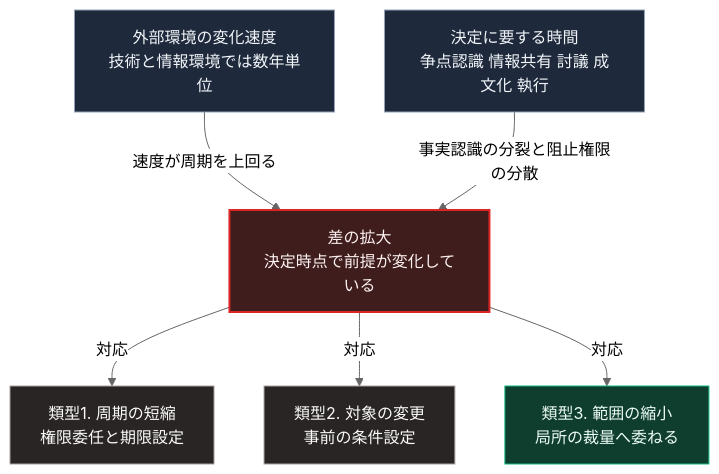
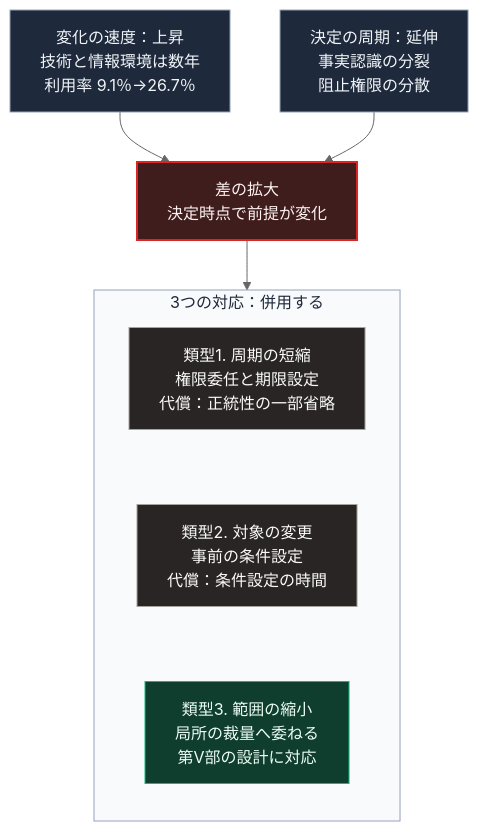
One commit to Takenori-Kusaka/zenn-content changed the diagram in books/sovereign-resilience-blueprint/35_democratic-latency-math.md. Above: the diagram before and after it, drawn with Mermaid (neutral theme). The commit also changed other lines of this file and 114 other files, not shown here.

````diff
--- a/books/sovereign-resilience-blueprint/35_democratic-latency-math.md
+++ b/books/sovereign-resilience-blueprint/35_democratic-latency-math.md
@@ -59,17 +59,21 @@
 ```mermaid
 flowchart TD
-    V[外部環境の変化速度<br>技術と情報環境では数年単位]
-    D[決定に要する時間<br>争点認識 情報共有 討議 成文化 執行]
-    V -->|速度が周期を上回る| G[差の拡大<br>決定時点で前提が変化している]
-    D -->|事実認識の分裂と阻止権限の分散| G
-    G -->|対応| R1[類型1. 周期の短縮<br>権限委任と期限設定]
-    G -->|対応| R2[類型2. 対象の変更<br>事前の条件設定]
-    G -->|対応| R3[類型3. 範囲の縮小<br>局所の裁量へ委ねる]
+    V[変化の速度：上昇<br>技術と情報環境は数年<br>利用率 9.1％→26.7％]
+    D[決定の周期：延伸<br>事実認識の分裂<br>阻止権限の分散]
+    V --> G[差の拡大<br>決定時点で前提が変化]
+    D --> G
+    subgraph R[3つの対応：併用する]
+        direction TB
+        R1[類型1. 周期の短縮<br>権限委任と期限設定<br>代償：正統性の一部省略] ~~~ R2[類型2. 対象の変更<br>事前の条件設定<br>代償：条件設定の時間]
+        R2 ~~~ R3[類型3. 範囲の縮小<br>局所の裁量へ委ねる<br>第Ⅴ部の設計に対応]
+    end
+    G --> R
 
     style V fill:#1e293b,stroke:#94a3b8,color:#f1f5f9
     style D fill:#1e293b,stroke:#94a3b8,color:#f1f5f9
     style G fill:#3f1d1d,stroke:#dc2626,stroke-width:2px,color:#fef2f2
     style R1 fill:#292524,stroke:#a8a29e,color:#fafaf9
     style R2 fill:#292524,stroke:#a8a29e,color:#fafaf9
     style R3 fill:#0f3d2e,stroke:#10b981,color:#ecfdf5
+    style R fill:#f8fafc,stroke:#94a3b8,color:#1e293b
 ```
````
